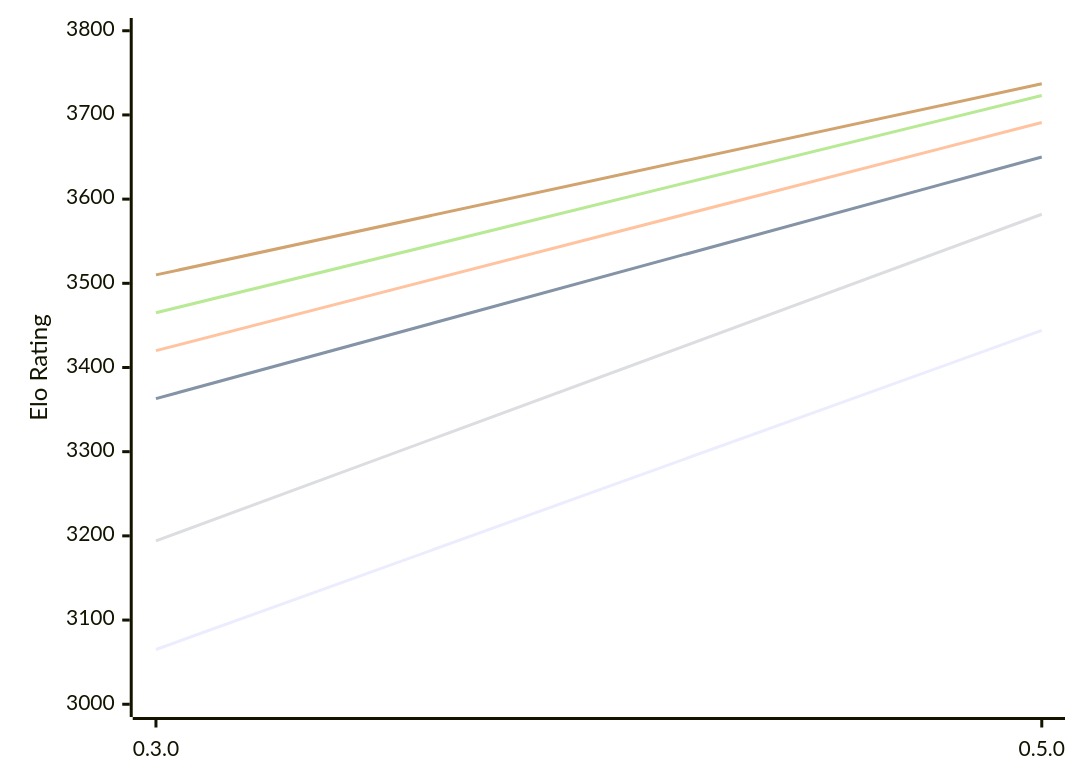
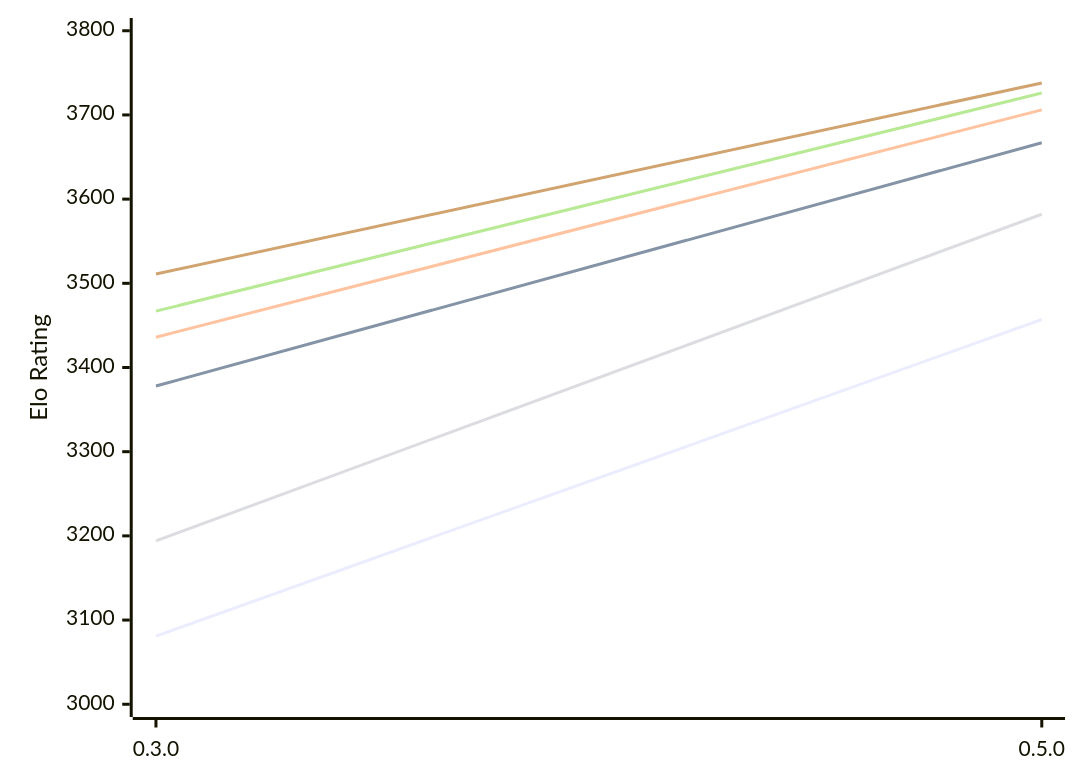
The first of 2 diagrams in engines/Justbot.md (computer-chess-index/cci), drawn with Mermaid before and after one commit. The commit also changed other lines of this file, not shown here.

Commit message:
Update CCI Ratings (ELO VLTC) - 2026-11-11

````diff
--- a/engines/Justbot.md
+++ b/engines/Justbot.md
@@ -53,12 +53,12 @@
 ```mermaid
 %%{init: {"theme":"base","themeVariables":{"seriesColors:['#a3a3a3','#222221','#faa371']}}}%%
 xychart-beta
   x-axis ["0.3.0", "0.5.0"]
   y-axis "Elo Rating" 3000 --> 3800
-  line "E1: STC (8.0+0.08s)" [3065, 3444]
-  line "E1: LTC (60.0+0.60s)" [3363, 3650]
-  line "E1: VLTC (2m24s+1.12s)" [3420, 3691]
+  line "E1: STC (8.0+0.08s)" [3081, 3457]
+  line "E1: LTC (60.0+0.60s)" [3378, 3667]
+  line "E1: VLTC (2m24s+1.12s)" [3436, 3706]
   line "P1: STC (8.0+0.08s)" [3194, 3582]
-  line "P1: LTC (60.0+0.60s)" [3465, 3723]
-  line "P1: VLTC (2m24s+1.12s)" [3510, 3737]
+  line "P1: LTC (60.0+0.60s)" [3467, 3726]
+  line "P1: VLTC (2m24s+1.12s)" [3511, 3738]
 ```
````
